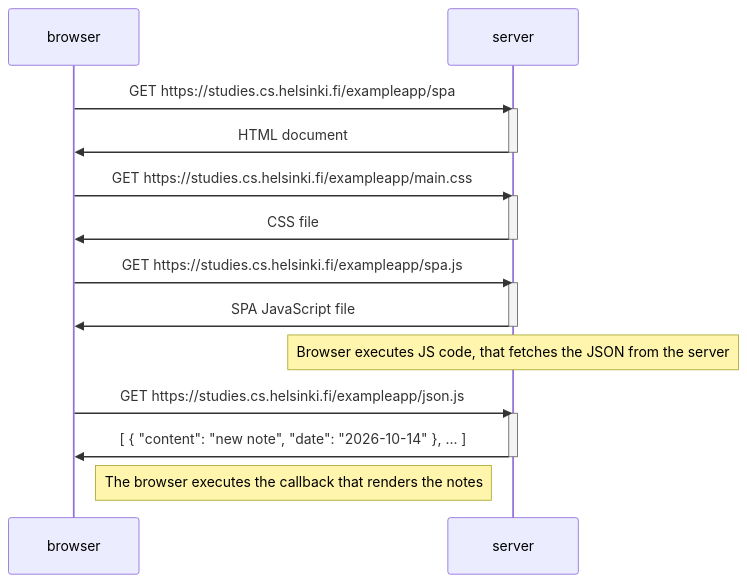
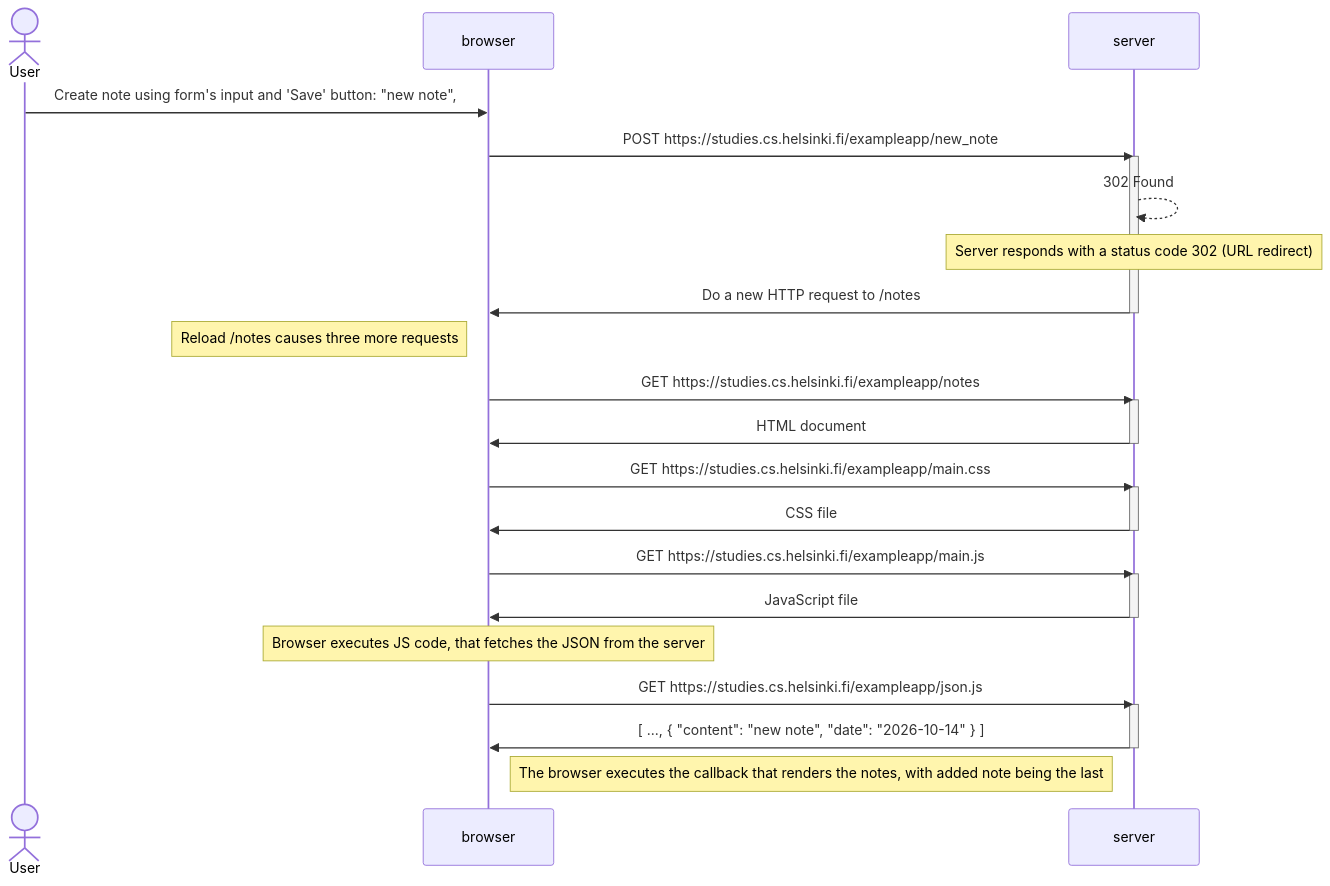
Before and after one commit to Anna-Gladush/fullstackopen: the diagram in part0/04_new_note_diagram.md, drawn with Mermaid.

Commit message:
fix: problem with 04 fixed

````diff
--- a/part0/04_new_note_diagram.md
+++ b/part0/04_new_note_diagram.md
@@ -1,28 +1,38 @@
 ```mermaid
 sequenceDiagram
+    actor User
     participant browser
     participant server
 
-    browser->>server: GET https://studies.cs.helsinki.fi/exampleapp/spa
+    User->>browser: Create note using form's input and 'Save' button: "new note",
+    browser->>server: POST https://studies.cs.helsinki.fi/exampleapp/new_note
+    activate server
+    server-->>server: 302 Found
+    Note over server: Server responds with a status code 302 (URL redirect)
+    server->>browser: Do a new HTTP request to /notes
+    deactivate server
+
+    Note left of browser: Reload /notes causes three more requests
+    browser->>server: GET https://studies.cs.helsinki.fi/exampleapp/notes
     activate server
     server->>browser: HTML document
     deactivate server
 
     browser->>server: GET https://studies.cs.helsinki.fi/exampleapp/main.css
     activate server
     server->>browser: CSS file
     deactivate server
 
-    browser->>server: GET https://studies.cs.helsinki.fi/exampleapp/spa.js
+    browser->>server: GET https://studies.cs.helsinki.fi/exampleapp/main.js
     activate server
-    server->>browser: SPA JavaScript file
+    server->>browser: JavaScript file
     deactivate server
-      Note over server: Browser executes JS code, that fetches the JSON from the server
+      Note over browser: Browser executes JS code, that fetches the JSON from the server
 
     browser->>server: GET https://studies.cs.helsinki.fi/exampleapp/json.js
     activate server
-    server->>browser: [ { "content": "new note", "date": "2026-10-14" }, ... ]
+    server->>browser: [ ..., { "content": "new note", "date": "2026-10-14" } ]
     deactivate server
 
-    Note right of browser: The browser executes the callback that renders the notes
+    Note right of browser: The browser executes the callback that renders the notes, with added note being the last
 ```
````
